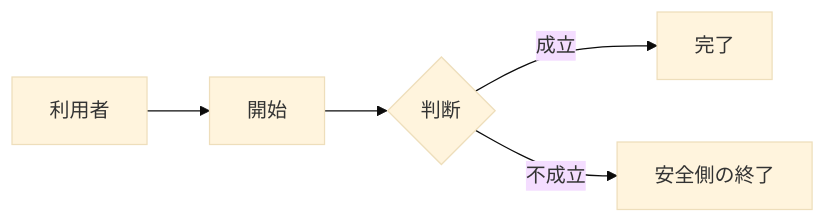
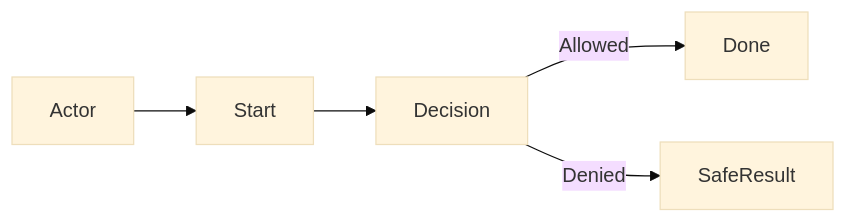
The diagram in .agent-skill-chain/templates/specs/01_システム概要/01_業務・利用者フロー.md (techbeansjp-free/AGENTS.md), drawn with Mermaid (base theme) before and after one commit. The commit also changed 88 other files, not shown here.

````diff
--- a/.agent-skill-chain/templates/specs/01_システム概要/01_業務・利用者フロー.md
+++ b/.agent-skill-chain/templates/specs/01_システム概要/01_業務・利用者フロー.md
@@ -7,7 +7,7 @@
 ```mermaid
 flowchart LR
-  actor[利用者] --> start[開始]
-  start --> decision{判断}
-  decision -->|成立| done[完了]
-  decision -->|不成立| safe[安全側の終了]
+  Actor --> Start
+  Start --> Decision
+  Decision -->|Allowed| Done
+  Decision -->|Denied| SafeResult
 ```
````
